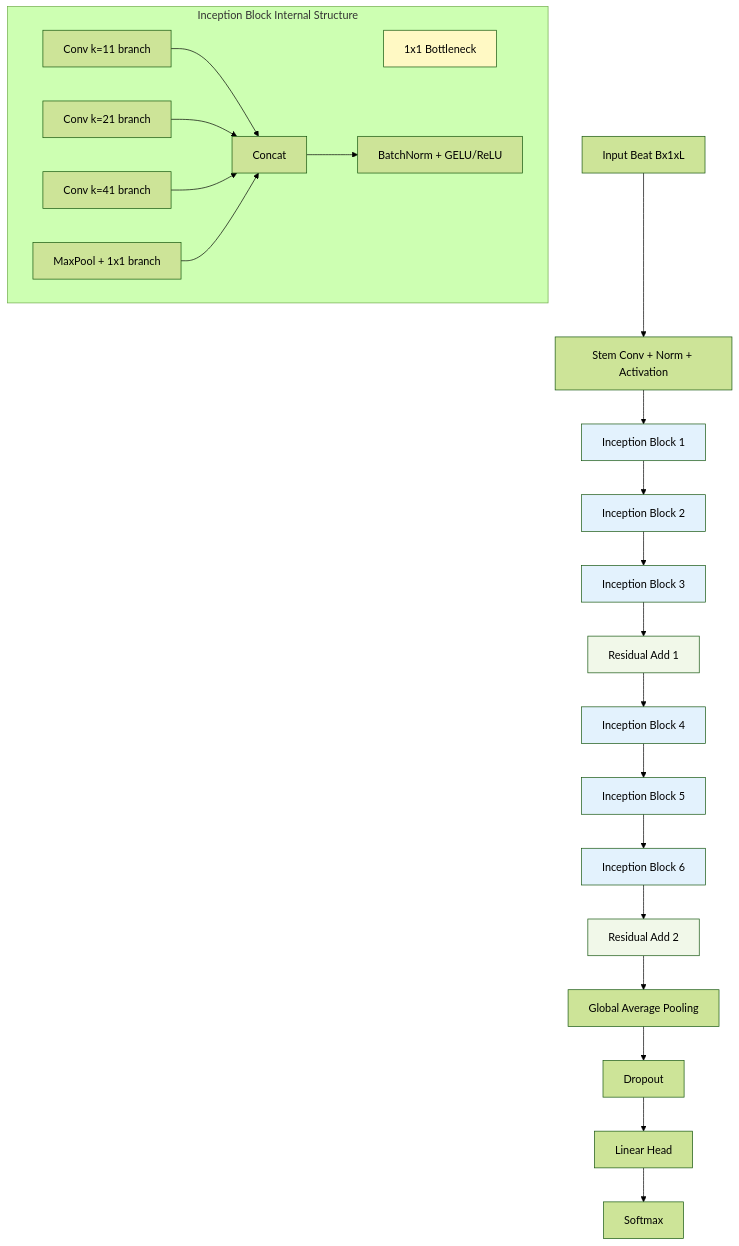
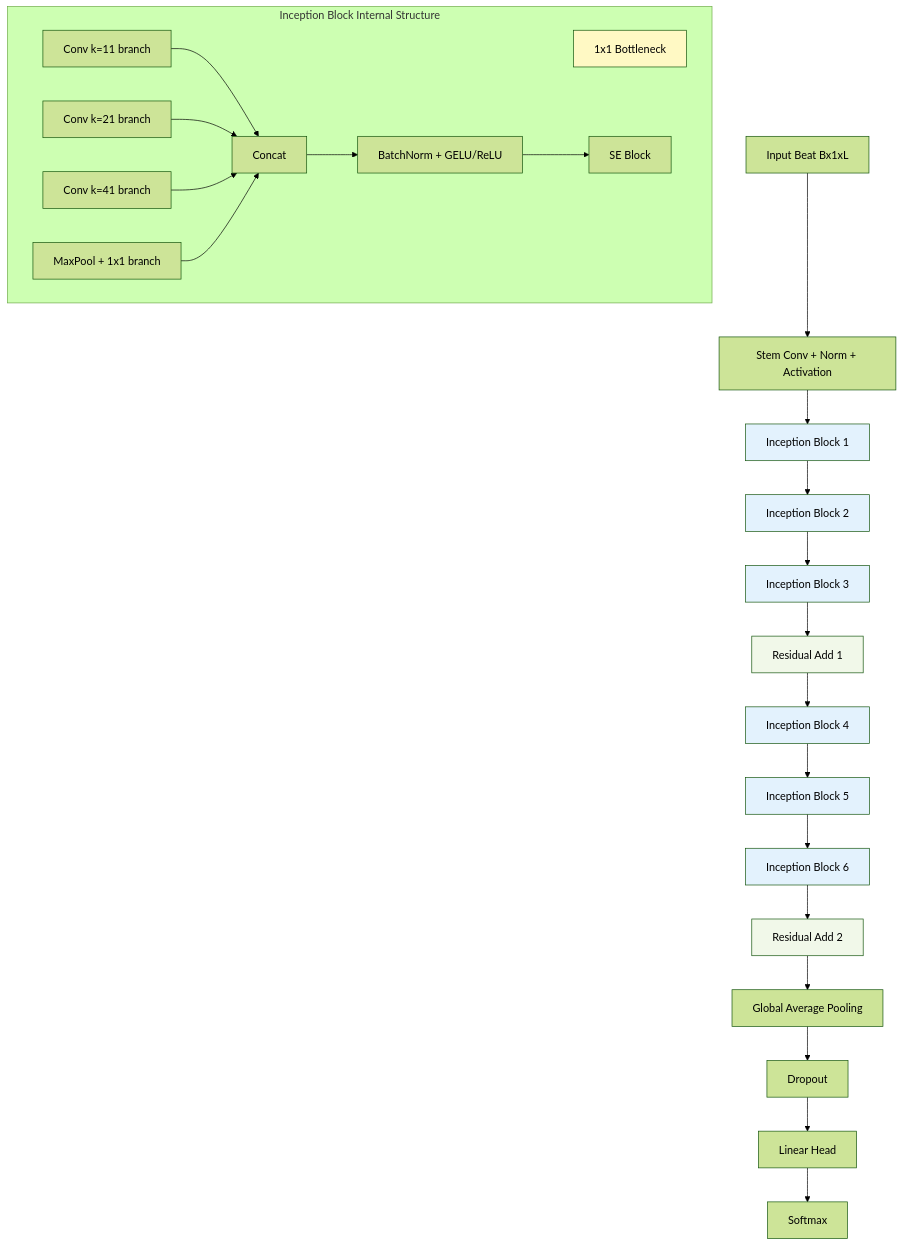
One commit to HardikNegi9/Guide changed the first of 2 diagrams in INCEPTIONTIME_ARCHITECTURE.md. Above: the diagram before and after it, drawn with Mermaid (forest theme). The commit also changed other lines of this file and 2 other files, not shown here.

````diff
--- a/INCEPTIONTIME_ARCHITECTURE.md
+++ b/INCEPTIONTIME_ARCHITECTURE.md
@@ -39,39 +39,40 @@
 ```mermaid
 flowchart TD
     A[Input Beat Bx1xL] --> B[Stem Conv + Norm + Activation]
     B --> C[Inception Block 1]
     C --> D[Inception Block 2]
     D --> E[Inception Block 3]
     E --> F[Residual Add 1]
     F --> G[Inception Block 4]
     G --> H[Inception Block 5]
     H --> I[Inception Block 6]
     I --> J[Residual Add 2]
     J --> K[Global Average Pooling]
     K --> L[Dropout]
     L --> M[Linear Head]
     M --> N[Softmax]
 
     subgraph InceptionBlock[Inception Block Internal Structure]
         X1[1x1 Bottleneck]
         X2[Conv k=11 branch]
         X3[Conv k=21 branch]
         X4[Conv k=41 branch]
         X5[MaxPool + 1x1 branch]
         X2 --> X6[Concat]
         X3 --> X6
         X4 --> X6
         X5 --> X6
         X6 --> X7[BatchNorm + GELU/ReLU]
+        X7 --> X8[SE Block]
     end
 
     style C fill:#e3f2fd
     style D fill:#e3f2fd
     style E fill:#e3f2fd
     style G fill:#e3f2fd
     style H fill:#e3f2fd
     style I fill:#e3f2fd
     style F fill:#f1f8e9
     style J fill:#f1f8e9
     style X1 fill:#fff9c4
 ```
````
